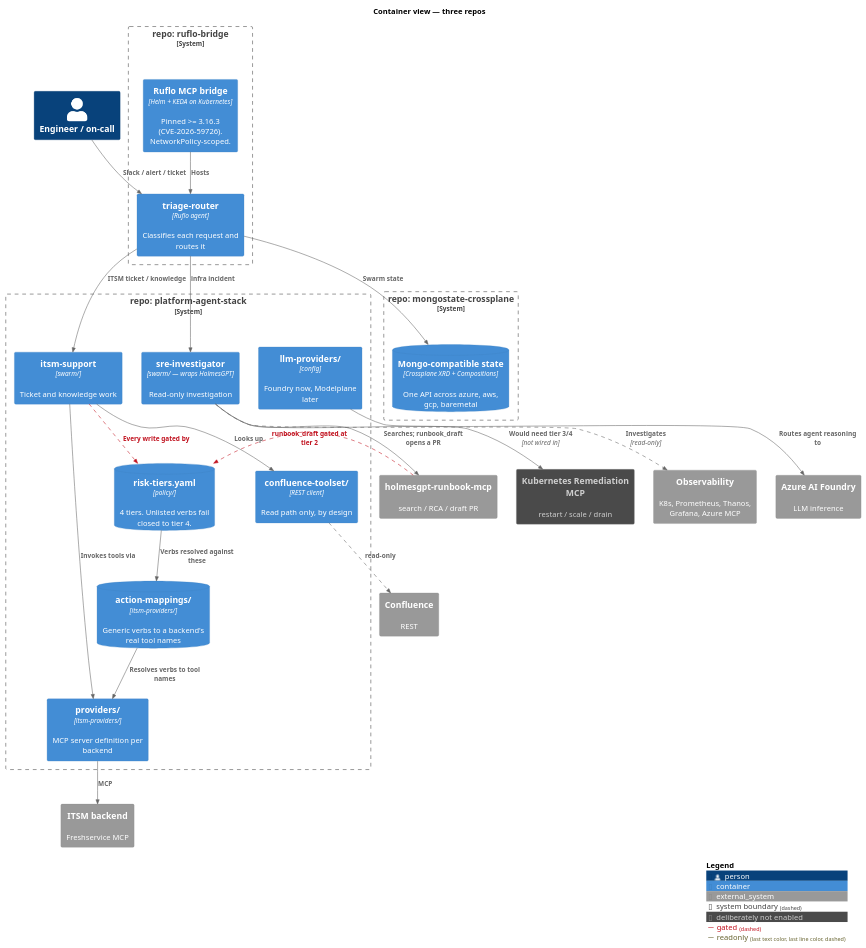
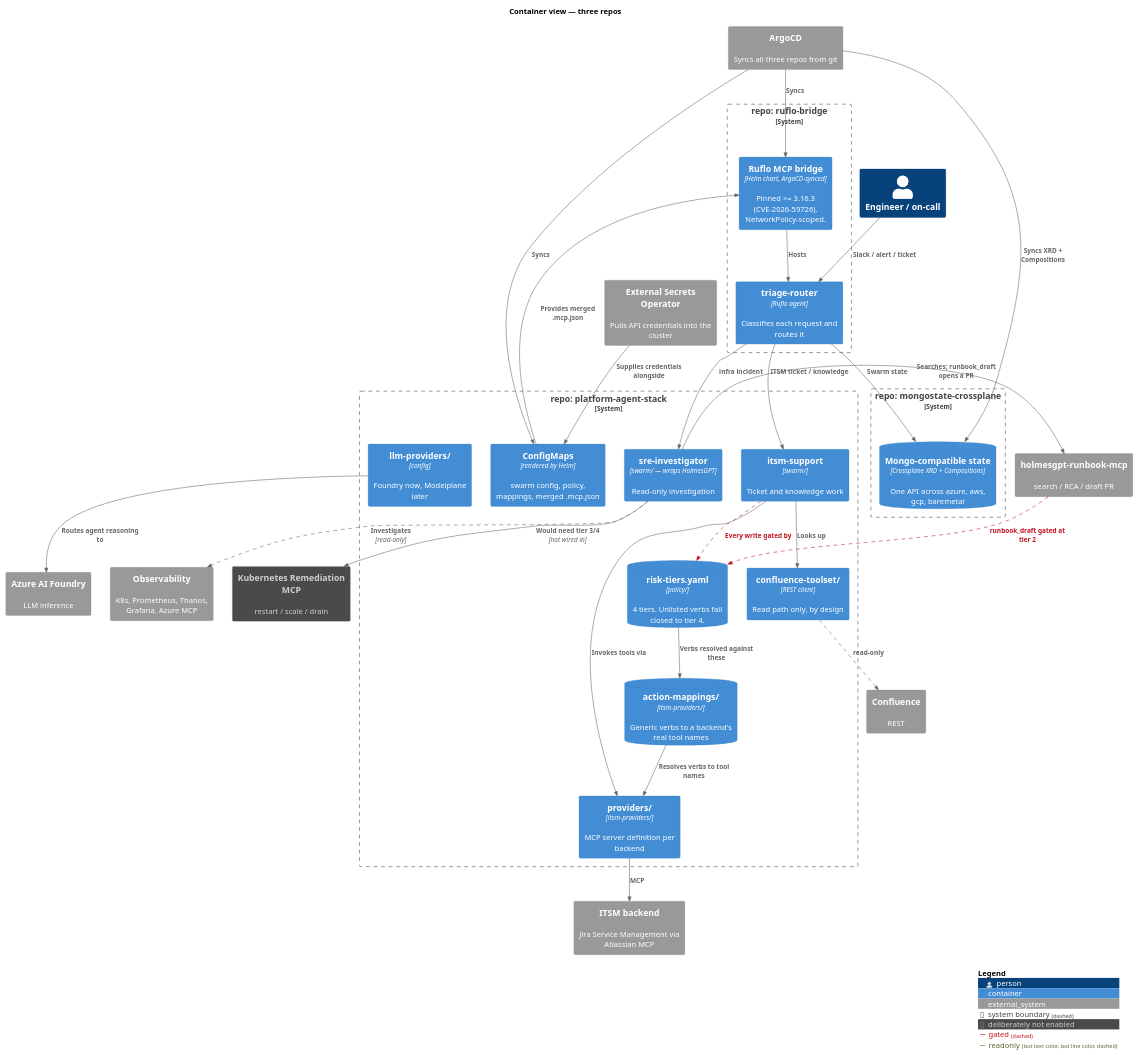
One commit to polarpoint-io/platform-agent-stack changed the diagram in docs/diagrams/c4-container.puml. Above: the diagram before and after it, drawn with PlantUML. The commit also changed 33 other files, not shown here.

First line of the commit message:
Restructure: absorb topology, policy and provider repos as directories

```diff
--- a/docs/diagrams/c4-container.puml
+++ b/docs/diagrams/c4-container.puml
@@ -1,63 +1,71 @@
 @startuml c4-container
 ' C4 level 2 — containers, drawn along the repo boundaries.
 ' Each System_Boundary is a git repo; the parts inside platform-agent-stack
 ' are directories within it.
-!include c4-plantuml/C4_Container.puml
+!include <C4/C4_Container>
 
 title Container view — three repos
 
 AddElementTag("notEnabled", $bgColor="#4a4a4a", $fontColor="#cfcfcf", $borderColor="#8a8a8a", $legendText="deliberately not enabled")
 AddRelTag("gated", $textColor="#c1121f", $lineColor="#c1121f", $lineStyle=DashedLine())
 AddRelTag("readonly", $lineStyle=DashedLine())
 
 Person(engineer, "Engineer / on-call")
 
 System_Boundary(bridge, "repo: ruflo-bridge") {
-    Container(runtime, "Ruflo MCP bridge", "Helm + KEDA on Kubernetes", "Pinned >= 3.16.3 (CVE-2026-59726). NetworkPolicy-scoped.")
+    Container(runtime, "Ruflo MCP bridge", "Helm chart, ArgoCD-synced", "Pinned >= 3.16.3 (CVE-2026-59726). NetworkPolicy-scoped.")
     Container(triage, "triage-router", "Ruflo agent", "Classifies each request and routes it")
 }
 
 System_Boundary(pas, "repo: platform-agent-stack") {
     Container(sre, "sre-investigator", "swarm/ — wraps HolmesGPT", "Read-only investigation")
     Container(itsmagent, "itsm-support", "swarm/", "Ticket and knowledge work")
     ContainerDb(policy, "risk-tiers.yaml", "policy/", "4 tiers. Unlisted verbs fail closed to tier 4.")
     ContainerDb(mappings, "action-mappings/", "itsm-providers/", "Generic verbs to a backend's real tool names")
     Container(provider, "providers/", "itsm-providers/", "MCP server definition per backend")
+    Container(cm, "ConfigMaps", "rendered by Helm", "swarm config, policy, mappings, merged .mcp.json")
     Container(confl, "confluence-toolset/", "REST client", "Read path only, by design")
     Container(llmcfg, "llm-providers/", "config", "Foundry now, Modelplane later")
 }
 
 System_Boundary(state, "repo: mongostate-crossplane") {
     ContainerDb(mongo, "Mongo-compatible state", "Crossplane XRD + Compositions", "One API across azure, aws, gcp, baremetal")
 }
 
 System_Ext(obs, "Observability", "K8s, Prometheus, Thanos, Grafana, Azure MCP")
-System_Ext(itsmext, "ITSM backend", "Freshservice MCP")
+System_Ext(itsmext, "ITSM backend", "Jira Service Management via Atlassian MCP")
 System_Ext(conflext, "Confluence", "REST")
 System_Ext(runbooks, "holmesgpt-runbook-mcp", "search / RCA / draft PR")
 System_Ext(foundry, "Azure AI Foundry", "LLM inference")
+System_Ext(argocd, "ArgoCD", "Syncs all three repos from git")
+System_Ext(eso, "External Secrets Operator", "Pulls API credentials into the cluster")
 System_Ext(remediation, "Kubernetes Remediation MCP", "restart / scale / drain", $tags="notEnabled")
 
 Rel(engineer, triage, "Slack / alert / ticket")
 Rel(runtime, triage, "Hosts")
 Rel(triage, sre, "infra incident")
 Rel(triage, itsmagent, "ITSM ticket / knowledge")
 Rel(triage, mongo, "Swarm state")
 
 Rel(sre, obs, "Investigates", "read-only", $tags="readonly")
 Rel(sre, runbooks, "Searches; runbook_draft opens a PR")
 Rel(runbooks, policy, "runbook_draft gated at tier 2", $tags="gated")
 Rel_D(sre, remediation, "Would need tier 3/4", "not wired in")
 
 Rel(itsmagent, provider, "Invokes tools via")
 Rel(itsmagent, confl, "Looks up")
 Rel(provider, itsmext, "MCP")
 Rel(confl, conflext, "read-only", $tags="readonly")
 Rel(itsmagent, policy, "Every write gated by", $tags="gated")
 Rel(policy, mappings, "Verbs resolved against these")
 Rel(mappings, provider, "Resolves verbs to tool names")
 
 Rel(llmcfg, foundry, "Routes agent reasoning to")
+Rel(argocd, runtime, "Syncs")
+Rel(argocd, cm, "Syncs")
+Rel(argocd, mongo, "Syncs XRD + Compositions")
+Rel(eso, cm, "Supplies credentials alongside")
+Rel(cm, runtime, "Provides merged .mcp.json")
 
 SHOW_LEGEND()
 @enduml
```
